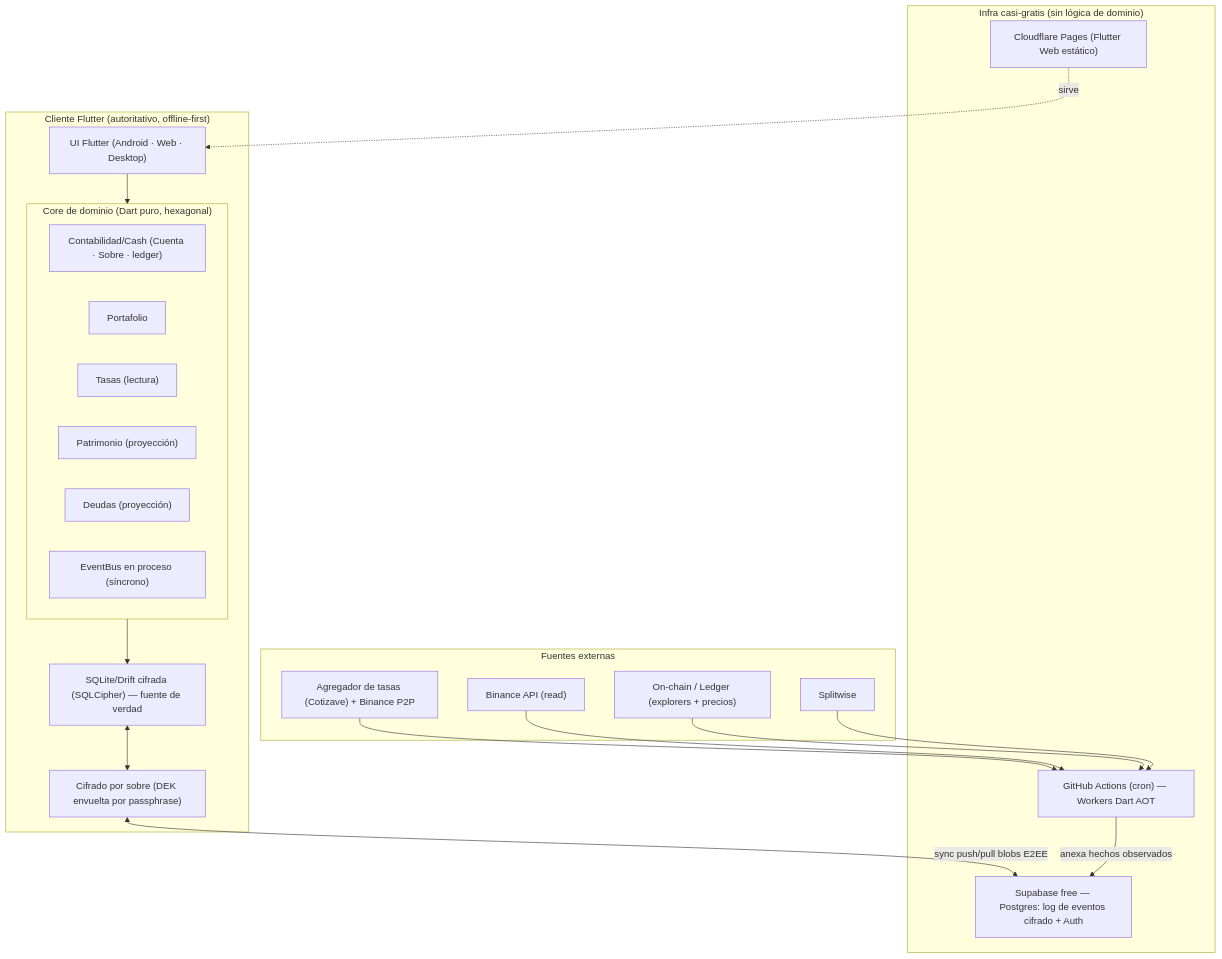
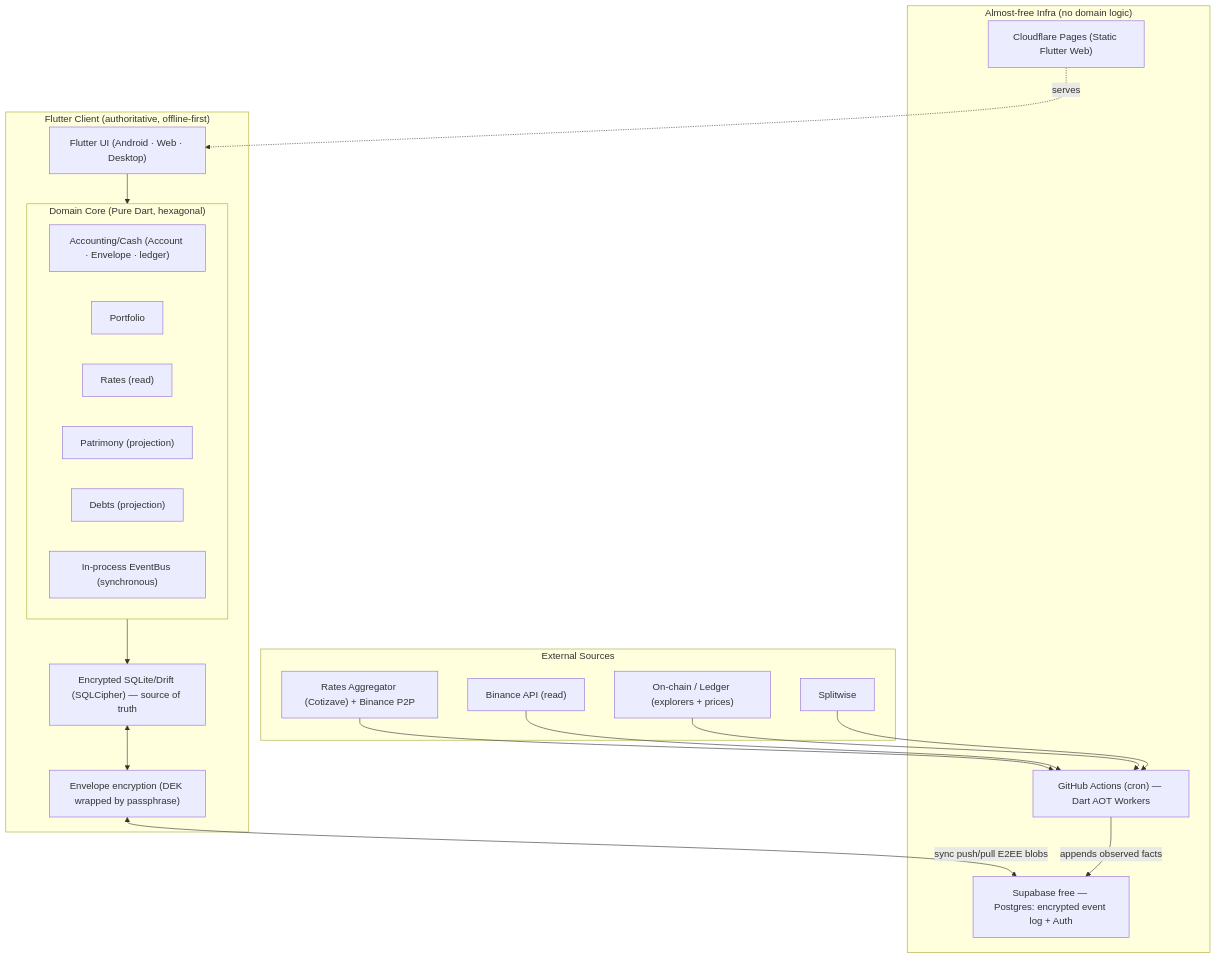
Before and after one commit to JorgeCroquer/cuentaria: the diagram in docs/ARCHITECTURE.md, drawn with Mermaid. The commit also changed other lines of this file and 62 other files, not shown here.

Commit message:
docs: translate architecture and adrs to english, setup agent skills

````diff
--- a/docs/ARCHITECTURE.md
+++ b/docs/ARCHITECTURE.md
@@ -22,40 +13,40 @@
 ```mermaid
 flowchart TD
-    subgraph Cliente["Cliente Flutter (autoritativo, offline-first)"]
-        UI["UI Flutter (Android · Web · Desktop)"]
-        subgraph Core["Core de dominio (Dart puro, hexagonal)"]
-            CTB["Contabilidad/Cash (Cuenta · Sobre · ledger)"]
-            POR["Portafolio"]
-            TAS["Tasas (lectura)"]
-            PAT["Patrimonio (proyección)"]
-            DEU["Deudas (proyección)"]
-            BUS["EventBus en proceso (síncrono)"]
+    subgraph Client["Flutter Client (authoritative, offline-first)"]
+        UI["Flutter UI (Android · Web · Desktop)"]
+        subgraph Core["Domain Core (Pure Dart, hexagonal)"]
+            CTB["Accounting/Cash (Account · Envelope · ledger)"]
+            POR["Portfolio"]
+            TAS["Rates (read)"]
+            PAT["Patrimony (projection)"]
+            DEU["Debts (projection)"]
+            BUS["In-process EventBus (synchronous)"]
         end
-        LOCAL["SQLite/Drift cifrada (SQLCipher) — fuente de verdad"]
-        ENC["Cifrado por sobre (DEK envuelta por passphrase)"]
+        LOCAL["Encrypted SQLite/Drift (SQLCipher) — source of truth"]
+        ENC["Envelope encryption (DEK wrapped by passphrase)"]
     end
 
-    subgraph Nube["Infra casi-gratis (sin lógica de dominio)"]
-        SUPA["Supabase free — Postgres: log de eventos cifrado + Auth"]
-        GHA["GitHub Actions (cron) — Workers Dart AOT"]
-        CFP["Cloudflare Pages (Flutter Web estático)"]
+    subgraph Cloud["Almost-free Infra (no domain logic)"]
+        SUPA["Supabase free — Postgres: encrypted event log + Auth"]
+        GHA["GitHub Actions (cron) — Dart AOT Workers"]
+        CFP["Cloudflare Pages (Static Flutter Web)"]
     end
 
-    subgraph Ext["Fuentes externas"]
-        AGG["Agregador de tasas (Cotizave) + Binance P2P"]
+    subgraph Ext["External Sources"]
+        AGG["Rates Aggregator (Cotizave) + Binance P2P"]
         BIN["Binance API (read)"]
-        CHAIN["On-chain / Ledger (explorers + precios)"]
+        CHAIN["On-chain / Ledger (explorers + prices)"]
         SPLIT["Splitwise"]
     end
 
     UI --> Core
     Core --> LOCAL
     LOCAL <--> ENC
-    ENC <-->|sync push/pull blobs E2EE| SUPA
-    GHA -->|anexa hechos observados| SUPA
+    ENC <-->|sync push/pull E2EE blobs| SUPA
+    GHA -->|appends observed facts| SUPA
     AGG --> GHA
     BIN --> GHA
     CHAIN --> GHA
     SPLIT --> GHA
-    CFP -.sirve.-> UI
+    CFP -.serves.-> UI
 ```
````
